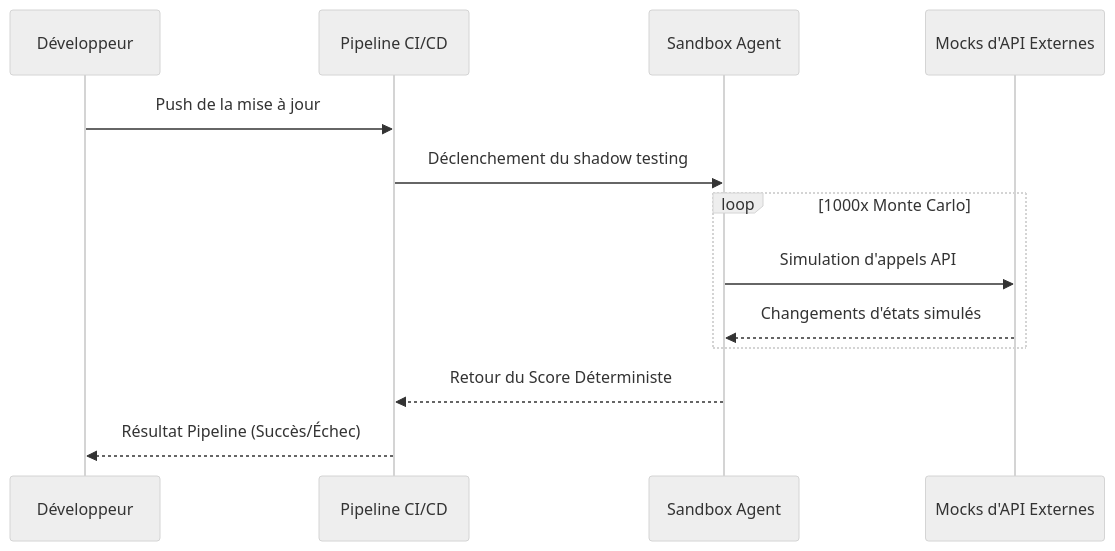
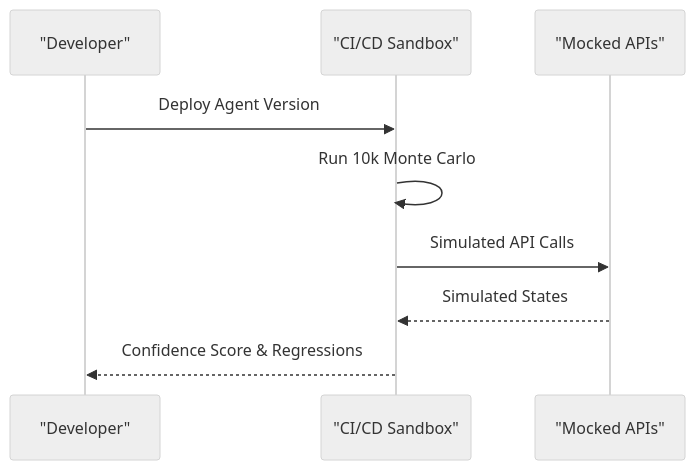
The second of 2 diagrams in ideas/agent-cicd-sandbox/README.fr.md (flouzzy/top-100-ai-startup-ideas), drawn with Mermaid (neutral theme) before and after one commit. The commit also changed other lines of this file and 41 other files, not shown here.

````diff
--- a/ideas/agent-cicd-sandbox/README.fr.md
+++ b/ideas/agent-cicd-sandbox/README.fr.md
@@ -41,15 +42,11 @@
 ```mermaid
 sequenceDiagram
-    participant Dev as Développeur
-    participant CI as Pipeline CI/CD
-    participant Sandbox as Sandbox Agent
-    participant Mocks as Mocks d'API Externes
-    Dev->>CI: Push de la mise à jour
-    CI->>Sandbox: Déclenchement du shadow testing
-    loop 1000x Monte Carlo
-        Sandbox->>Mocks: Simulation d'appels API
-        Mocks-->>Sandbox: Changements d'états simulés
-    end
-    Sandbox-->>CI: Retour du Score Déterministe
-    CI-->>Dev: Résultat Pipeline (Succès/Échec)
+    participant Dev as "Developer"
+    participant Sandbox as "CI/CD Sandbox"
+    participant Mock as "Mocked APIs"
+    Dev->>Sandbox: Deploy Agent Version
+    Sandbox->>Sandbox: Run 10k Monte Carlo
+    Sandbox->>Mock: Simulated API Calls
+    Mock-->>Sandbox: Simulated States
+    Sandbox-->>Dev: Confidence Score & Regressions
 ```
````
